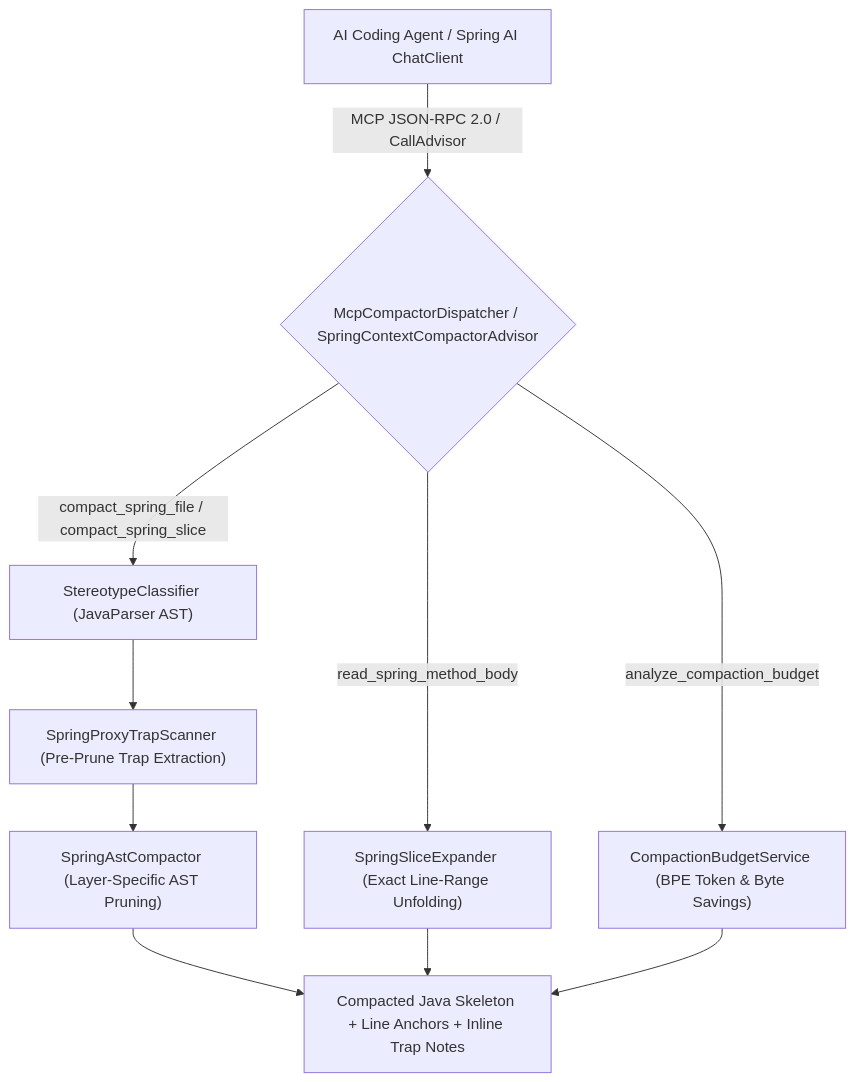
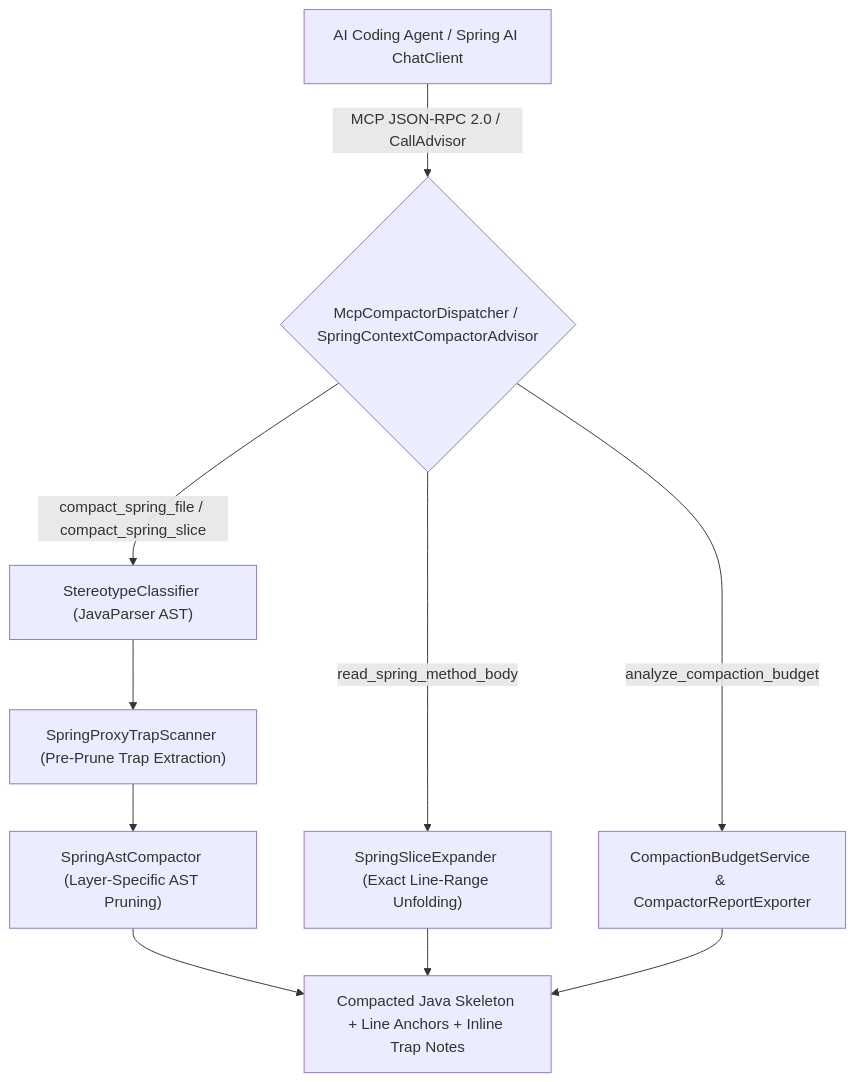
One commit to builtbyjuls/spring-ai-context-compactor changed the diagram in README.md. Above: the diagram before and after it, drawn with Mermaid. The commit also changed other lines of this file and 15 other files, not shown here.

Commit message:
feat(report): add portfolio benchmark matrix and ci cd report exporter

````diff
--- a/README.md
+++ b/README.md
@@ -29,15 +64,15 @@
 ```mermaid
 flowchart TD
     Agent["AI Coding Agent / Spring AI ChatClient"] -- "MCP JSON-RPC 2.0 / CallAdvisor" --> Entry{"McpCompactorDispatcher / SpringContextCompactorAdvisor"}
 
     Entry -- "compact_spring_file / compact_spring_slice" --> Classifier["StereotypeClassifier (JavaParser AST)"]
     Classifier --> TrapScan["SpringProxyTrapScanner (Pre-Prune Trap Extraction)"]
     TrapScan --> Pruner["SpringAstCompactor (Layer-Specific AST Pruning)"]
 
     Entry -- "read_spring_method_body" --> Expander["SpringSliceExpander (Exact Line-Range Unfolding)"]
-    Entry -- "analyze_compaction_budget" --> Budget["CompactionBudgetService (BPE Token & Byte Savings)"]
+    Entry -- "analyze_compaction_budget" --> Budget["CompactionBudgetService & CompactorReportExporter"]
 
     Pruner --> Output["Compacted Java Skeleton + Line Anchors + Inline Trap Notes"]
     Expander --> Output
     Budget --> Output
 ```
````
